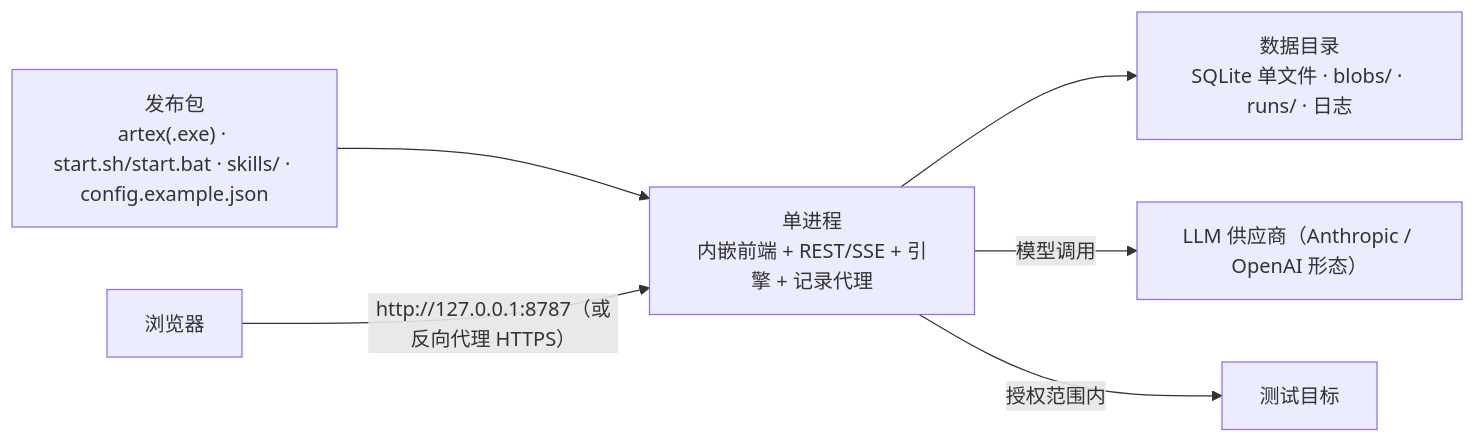
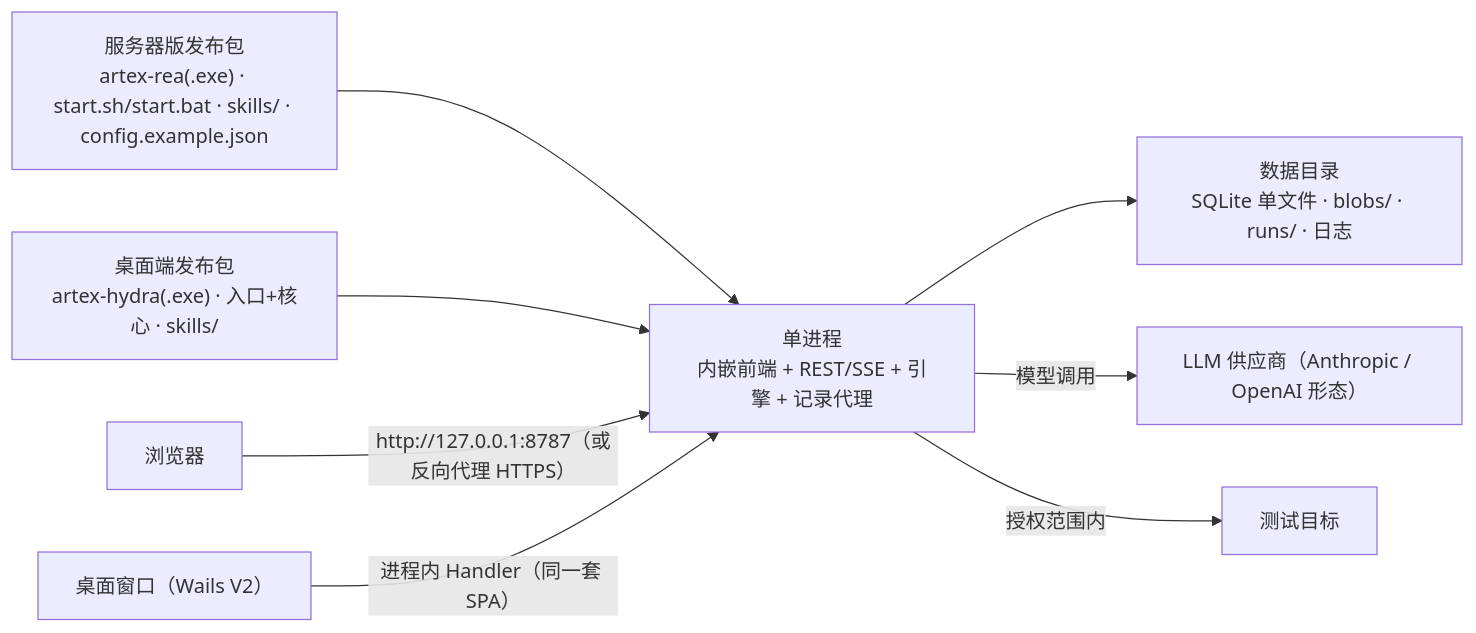
One commit to j5tv9nfzhn-hue/ARTEX-HYDRA changed the sixth of 6 diagrams in README.md. Above: the diagram before and after it, drawn with Mermaid. The commit also changed other lines of this file and 9 other files, not shown here.

Commit message:
feat: Wails V2 桌面壳 artex-hydra，双产物同发

````diff
--- a/README.md
+++ b/README.md
@@ -423,8 +454,10 @@
 ```mermaid
 flowchart LR
-  PKG["发布包<br/>artex(.exe) · start.sh/start.bat · skills/ · config.example.json"] --> BIN["单进程<br/>内嵌前端 + REST/SSE + 引擎 + 记录代理"]
+  PKG["服务器版发布包<br/>artex-rea(.exe) · start.sh/start.bat · skills/ · config.example.json"] --> BIN["单进程<br/>内嵌前端 + REST/SSE + 引擎 + 记录代理"]
+  PKGD["桌面端发布包<br/>artex-hydra(.exe) · 入口+核心 · skills/"] --> BIN
   BIN --> DATA["数据目录<br/>SQLite 单文件 · blobs/ · runs/ · 日志"]
   USER["浏览器"] -->|"http://127.0.0.1:8787（或反向代理 HTTPS）"| BIN
+  DESKTOP["桌面窗口（Wails V2）"] -->|"进程内 Handler（同一套 SPA）"| BIN
   BIN -->|"模型调用"| PLLM["LLM 供应商（Anthropic / OpenAI 形态）"]
   BIN -->|"授权范围内"| PTGT["测试目标"]
 ```
````
